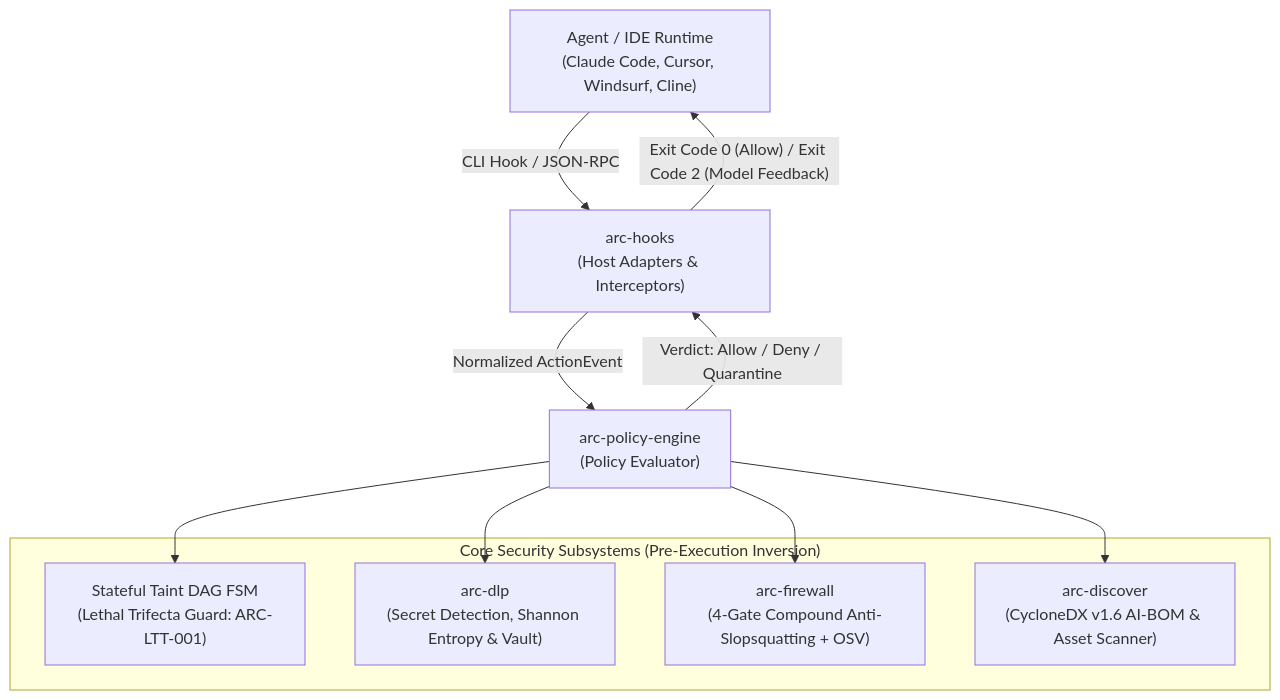
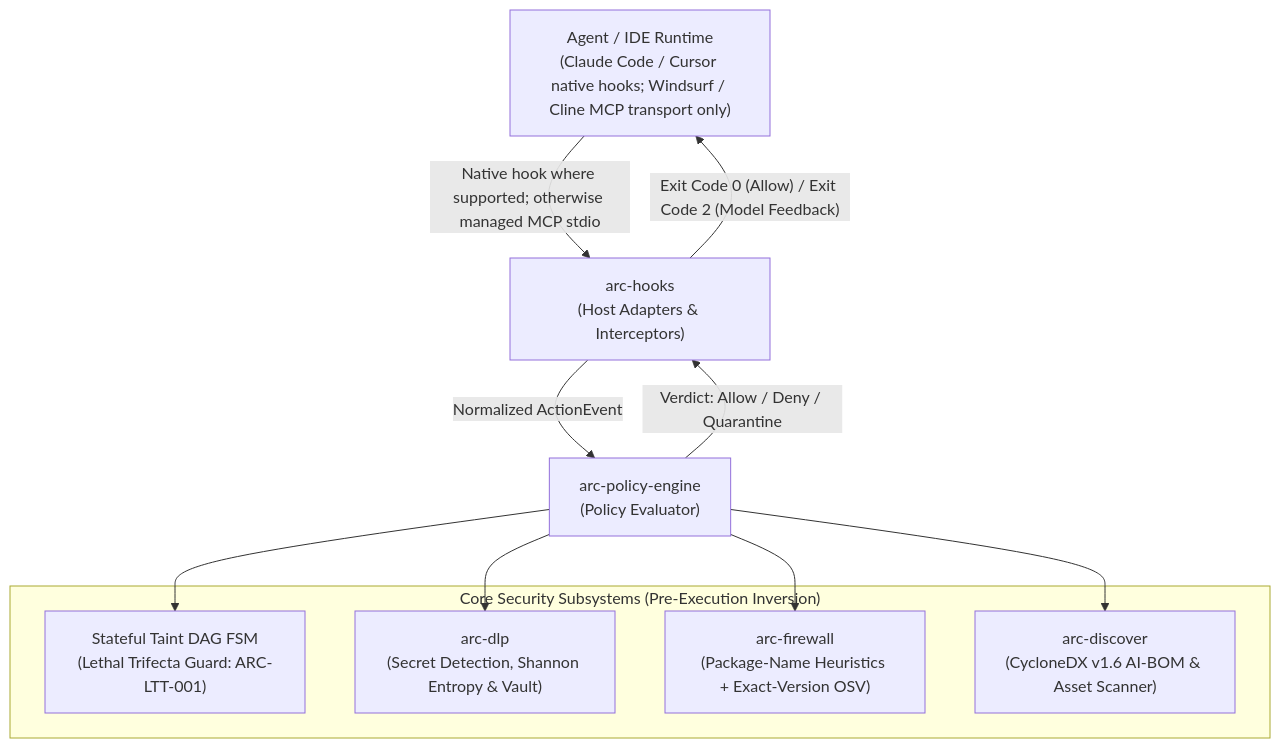
Before and after one commit to noviqtechnologies/vexa-arc: the diagram in README.md, drawn with Mermaid. The commit also changed other lines of this file and 19 other files, not shown here.

````diff
--- a/README.md
+++ b/README.md
@@ -269,20 +274,20 @@
 ```mermaid
 flowchart TB
-    HOST["Agent / IDE Runtime\n(Claude Code, Cursor, Windsurf, Cline)"] -->|"CLI Hook / JSON-RPC"| HOOKS["arc-hooks\n(Host Adapters & Interceptors)"]
+    HOST["Agent / IDE Runtime\n(Claude Code / Cursor native hooks; Windsurf / Cline MCP transport only)"] -->|"Native hook where supported; otherwise managed MCP stdio"| HOOKS["arc-hooks\n(Host Adapters & Interceptors)"]
     HOOKS -->|"Normalized ActionEvent"| ENGINE["arc-policy-engine\n(Policy Evaluator)"]
     
     subgraph ENGINE_SUBSYSTEMS["Core Security Subsystems (Pre-Execution Inversion)"]
         DAG["Stateful Taint DAG FSM\n(Lethal Trifecta Guard: ARC-LTT-001)"]
         DLP["arc-dlp\n(Secret Detection, Shannon Entropy & Vault)"]
-        FW["arc-firewall\n(4-Gate Compound Anti-Slopsquatting + OSV)"]
+        FW["arc-firewall\n(Package-Name Heuristics + Exact-Version OSV)"]
         ATLAS["arc-discover\n(CycloneDX v1.6 AI-BOM & Asset Scanner)"]
     end
     
     ENGINE --> DAG
     ENGINE --> DLP
     ENGINE --> FW
     ENGINE --> ATLAS
     
     ENGINE -->|"Verdict: Allow / Deny / Quarantine"| HOOKS
     HOOKS -->|"Exit Code 0 (Allow) / Exit Code 2 (Model Feedback)"| HOST
 ```
````
